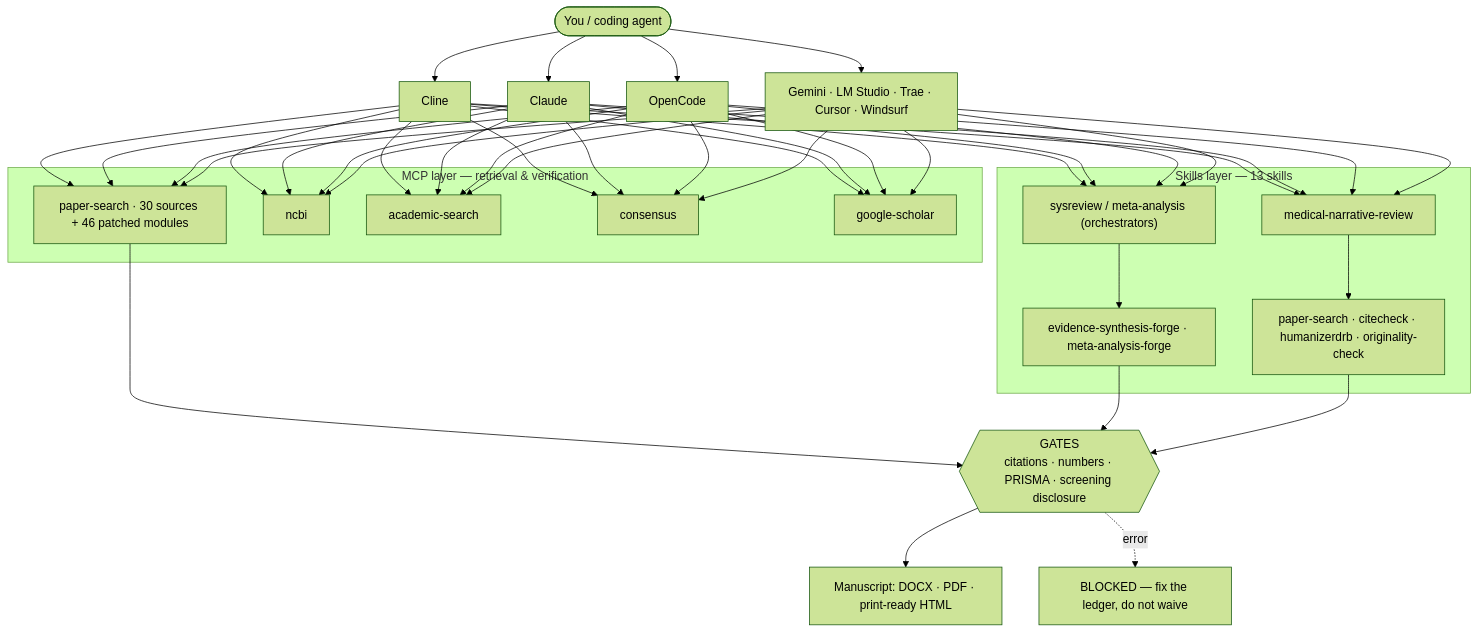
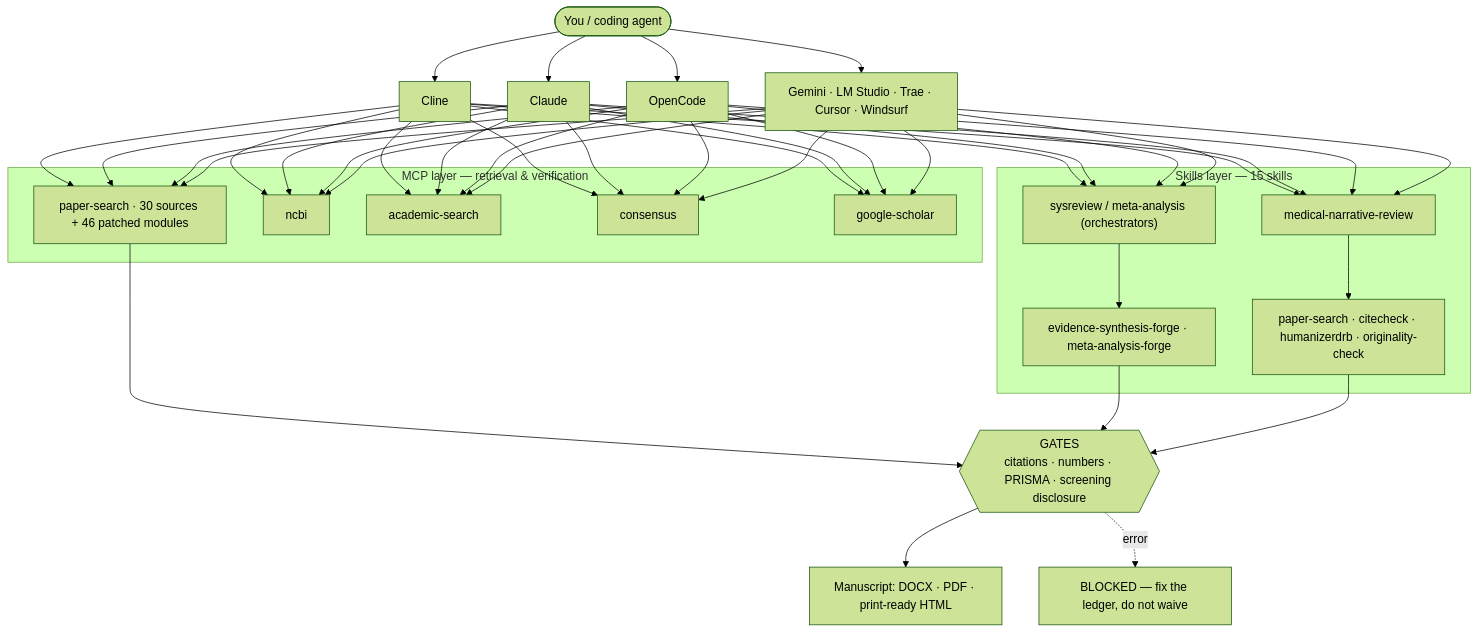
The second of 7 diagrams in README.md (drb253/research-stack), drawn with Mermaid (forest theme) before and after one commit. The commit also changed other lines of this file and 12 other files, not shown here.

````diff
--- a/README.md
+++ b/README.md
@@ -453,31 +453,31 @@
 ```mermaid
 flowchart TB
     U(["You / coding agent"]) --> CL[Cline] & CD[Claude] & OC[OpenCode] & MORE[Gemini · LM Studio · Trae · Cursor · Windsurf]
 
     subgraph MCP["MCP layer — retrieval & verification"]
         PS["paper-search · 30 sources + 46 patched modules"]
         NC["ncbi"]
         AS["academic-search"]
         CO["consensus"]
         GS["google-scholar"]
     end
 
-    subgraph SK["Skills layer — 13 skills"]
+    subgraph SK["Skills layer — 15 skills"]
         SR["sysreview / meta-analysis (orchestrators)"]
         EV["evidence-synthesis-forge · meta-analysis-forge"]
         NR["medical-narrative-review"]
         GD["paper-search · citecheck · humanizerdrb · originality-check"]
     end
 
     CL & CD & OC & MORE --> PS & NC & AS & CO & GS
     CL & CD & OC & MORE --> SR & NR
     SR --> EV
     NR --> GD
     PS --> GATES
 
     GATES{{"GATES<br/>citations · numbers · PRISMA · screening disclosure"}}
     EV --> GATES
     GD --> GATES
     GATES --> OUT["Manuscript: DOCX · PDF · print-ready HTML"]
     GATES -.->|error| STOP["BLOCKED — fix the ledger, do not waive"]
 ```
````
